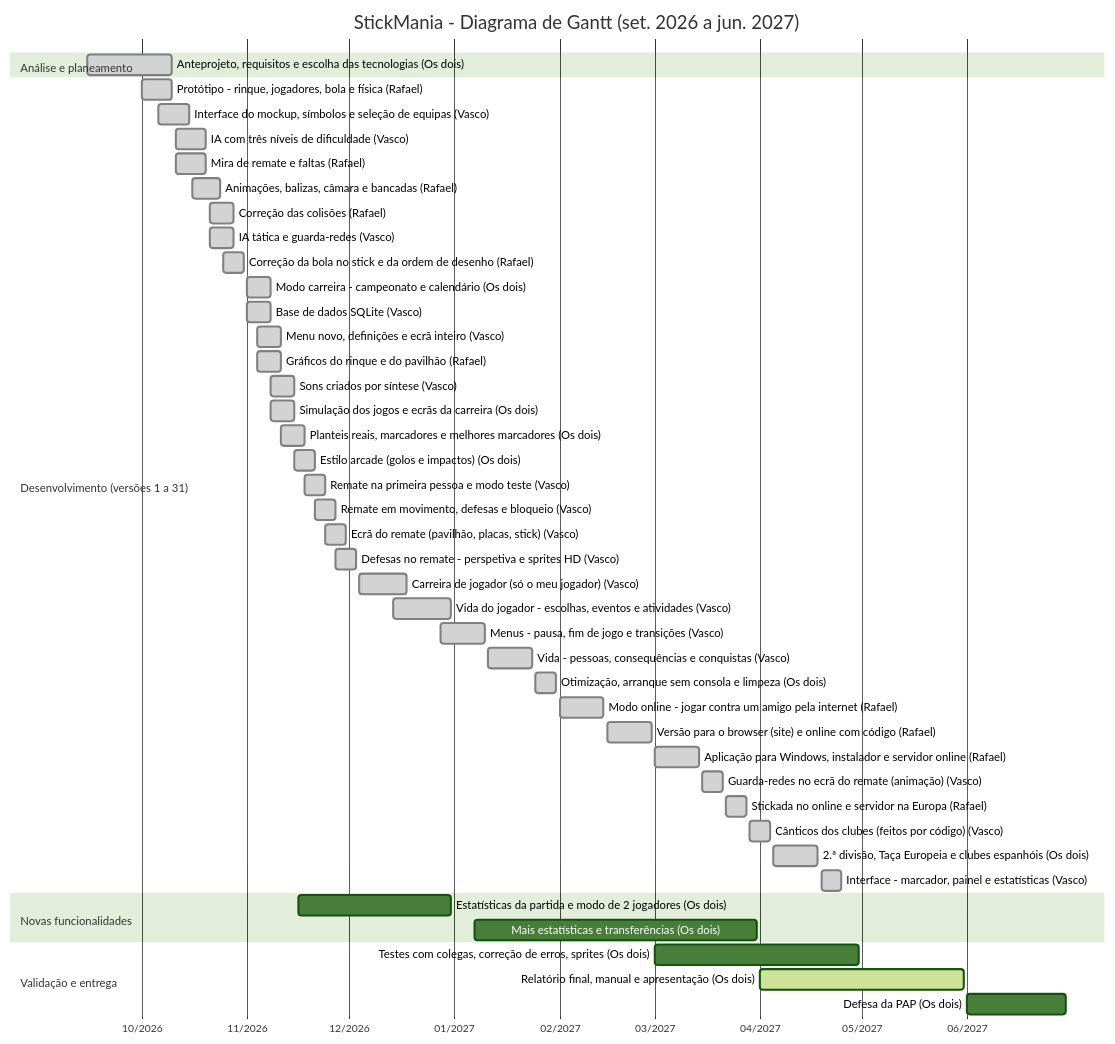
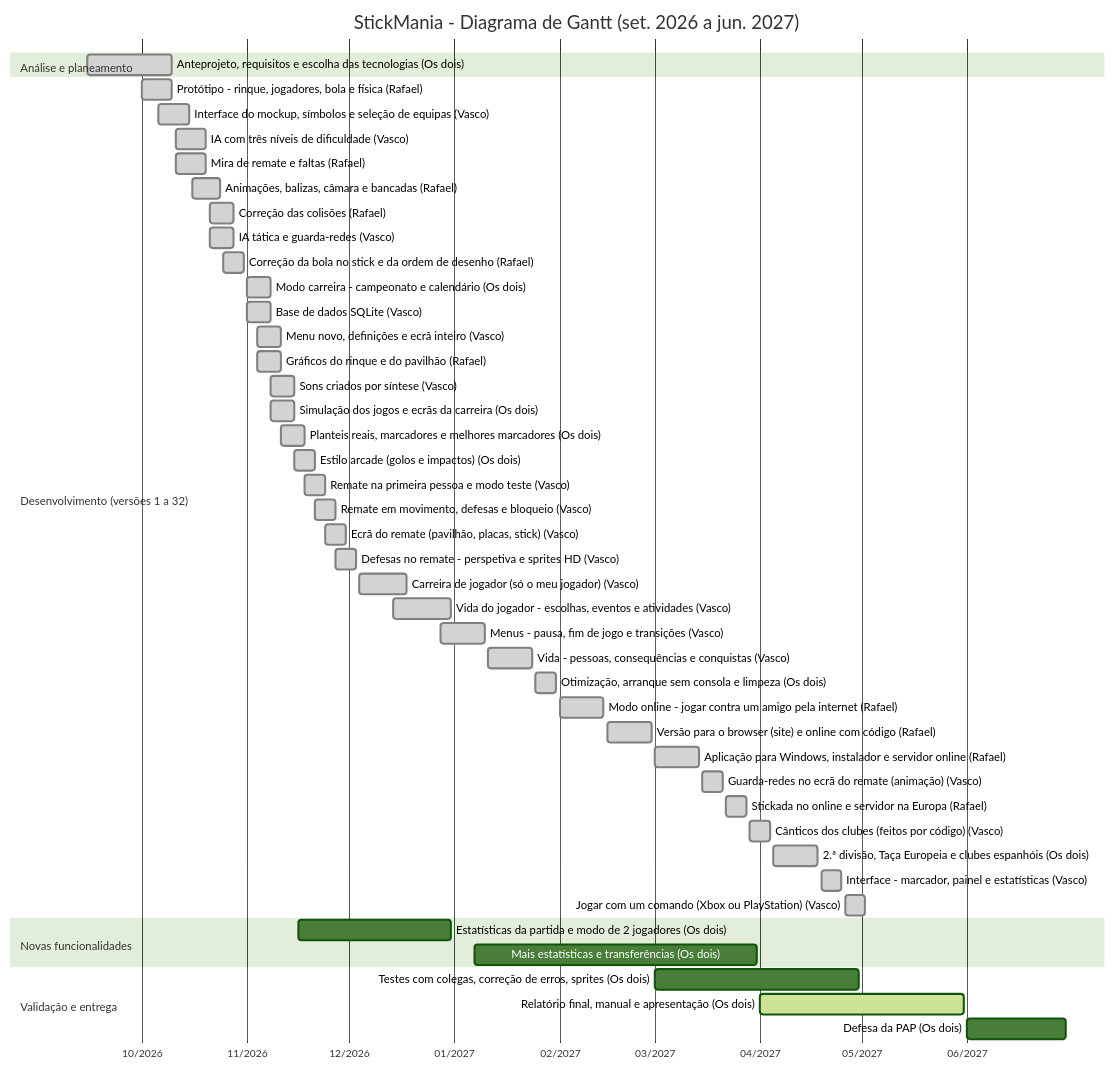
The diagram in docs/GANTT.md (RafaelSilveira23/Stickmaniapap), drawn with Mermaid (forest theme) before and after one commit. The commit also changed other lines of this file and 20 other files, not shown here.

First line of the commit message:
feat: jogar com um comando (versao 32)

````diff
--- a/docs/GANTT.md
+++ b/docs/GANTT.md
@@ -13,51 +13,52 @@
 ```mermaid
 gantt
     title StickMania - Diagrama de Gantt (set. 2026 a jun. 2027)
     dateFormat YYYY-MM-DD
     axisFormat %m/%Y
     tickInterval 1month
     todayMarker off
     section Análise e planeamento
     Anteprojeto, requisitos e escolha das tecnologias (Os dois) :done, t1, 2026-09-15, 2026-10-10
-    section Desenvolvimento (versões 1 a 31)
+    section Desenvolvimento (versões 1 a 32)
     Protótipo - rinque, jogadores, bola e física (Rafael) :done, t2, 2026-10-01, 2026-10-10
     Interface do mockup, símbolos e seleção de equipas (Vasco) :done, t3, 2026-10-06, 2026-10-15
     IA com três níveis de dificuldade (Vasco) :done, t4, 2026-10-11, 2026-10-20
     Mira de remate e faltas (Rafael) :done, t5, 2026-10-11, 2026-10-20
     Animações, balizas, câmara e bancadas (Rafael) :done, t6, 2026-10-16, 2026-10-24
     Correção das colisões (Rafael) :done, t7, 2026-10-21, 2026-10-28
     IA tática e guarda-redes (Vasco) :done, t8, 2026-10-21, 2026-10-28
     Correção da bola no stick e da ordem de desenho (Rafael) :done, t9, 2026-10-25, 2026-10-31
     Modo carreira - campeonato e calendário (Os dois) :done, t10, 2026-11-01, 2026-11-08
     Base de dados SQLite (Vasco) :done, t11, 2026-11-01, 2026-11-08
     Menu novo, definições e ecrã inteiro (Vasco) :done, t12, 2026-11-04, 2026-11-11
     Gráficos do rinque e do pavilhão (Rafael) :done, t13, 2026-11-04, 2026-11-11
     Sons criados por síntese (Vasco) :done, t14, 2026-11-08, 2026-11-15
     Simulação dos jogos e ecrãs da carreira (Os dois) :done, t15, 2026-11-08, 2026-11-15
     Planteis reais, marcadores e melhores marcadores (Os dois) :done, t16, 2026-11-11, 2026-11-18
     Estilo arcade (golos e impactos) (Os dois) :done, t17, 2026-11-15, 2026-11-21
     Remate na primeira pessoa e modo teste (Vasco) :done, t18, 2026-11-18, 2026-11-24
     Remate em movimento, defesas e bloqueio (Vasco) :done, t19, 2026-11-21, 2026-11-27
     Ecrã do remate (pavilhão, placas, stick) (Vasco) :done, t20, 2026-11-24, 2026-11-30
     Defesas no remate - perspetiva e sprites HD (Vasco) :done, t21, 2026-11-27, 2026-12-03
     Carreira de jogador (só o meu jogador) (Vasco) :done, t22, 2026-12-04, 2026-12-18
     Vida do jogador - escolhas, eventos e atividades (Vasco) :done, t23, 2026-12-14, 2026-12-31
     Menus - pausa, fim de jogo e transições (Vasco) :done, t24, 2026-12-28, 2027-01-10
     Vida - pessoas, consequências e conquistas (Vasco) :done, t25, 2027-01-11, 2027-01-24
     Otimização, arranque sem consola e limpeza (Os dois) :done, t26, 2027-01-25, 2027-01-31
     Modo online - jogar contra um amigo pela internet (Rafael) :done, t27, 2027-02-01, 2027-02-14
     Versão para o browser (site) e online com código (Rafael) :done, t28, 2027-02-15, 2027-02-28
     Aplicação para Windows, instalador e servidor online (Rafael) :done, t29, 2027-03-01, 2027-03-14
     Guarda-redes no ecrã do remate (animação) (Vasco) :done, t30, 2027-03-15, 2027-03-21
     Stickada no online e servidor na Europa (Rafael) :done, t31, 2027-03-22, 2027-03-28
     Cânticos dos clubes (feitos por código) (Vasco) :done, t32, 2027-03-29, 2027-04-04
     2.ª divisão, Taça Europeia e clubes espanhóis (Os dois) :done, t33, 2027-04-05, 2027-04-18
     Interface - marcador, painel e estatísticas (Vasco) :done, t34, 2027-04-19, 2027-04-25
+    Jogar com um comando (Xbox ou PlayStation) (Vasco) :done, t35, 2027-04-26, 2027-05-02
     section Novas funcionalidades
-    Estatísticas da partida e modo de 2 jogadores (Os dois) :t35, 2026-11-16, 2026-12-31
-    Mais estatísticas e transferências (Os dois) :t36, 2027-01-07, 2027-03-31
+    Estatísticas da partida e modo de 2 jogadores (Os dois) :t36, 2026-11-16, 2026-12-31
+    Mais estatísticas e transferências (Os dois) :t37, 2027-01-07, 2027-03-31
     section Validação e entrega
-    Testes com colegas, correção de erros, sprites (Os dois) :t37, 2027-03-01, 2027-04-30
-    Relatório final, manual e apresentação (Os dois) :active, t38, 2027-04-01, 2027-05-31
-    Defesa da PAP (Os dois) :t39, 2027-06-01, 2027-06-30
+    Testes com colegas, correção de erros, sprites (Os dois) :t38, 2027-03-01, 2027-04-30
+    Relatório final, manual e apresentação (Os dois) :active, t39, 2027-04-01, 2027-05-31
+    Defesa da PAP (Os dois) :t40, 2027-06-01, 2027-06-30
 ```
````
